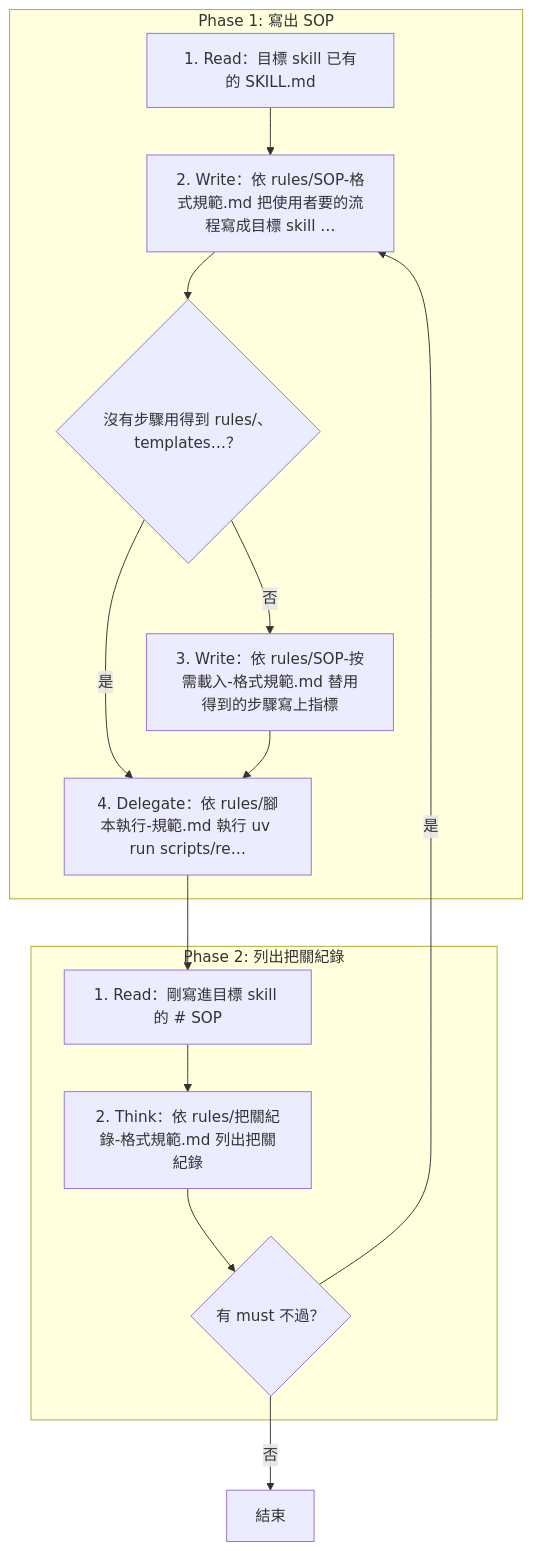
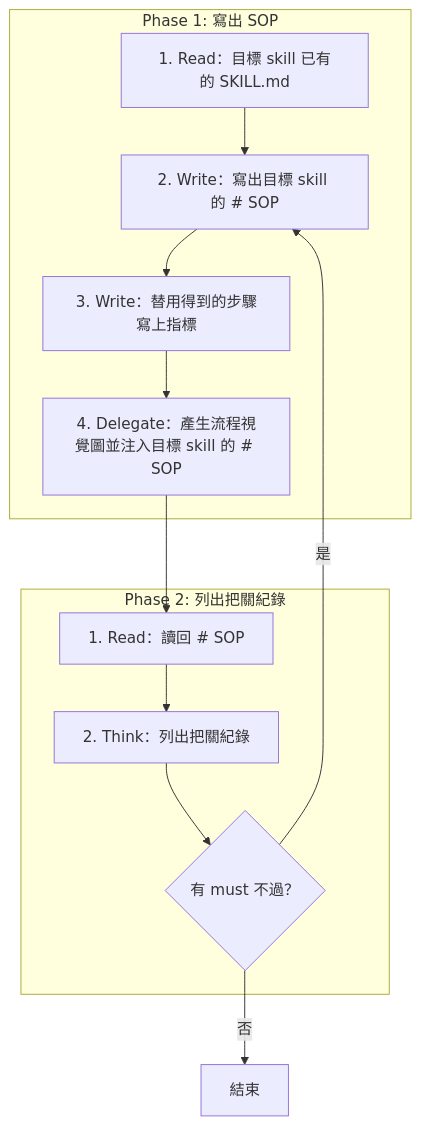
One commit to AI-x-BDD/BDGG-Dev-Skills changed the diagram in .claude/skills/skill-form-sop/SKILL.md. Above: the diagram before and after it, drawn with Mermaid. The commit also changed other lines of this file and 5 other files, not shown here.

First line of the commit message:
feat: skill-form-sop 精煉流程圖標籤並增訂冪等步驟不設跳轉規範

````diff
--- a/.claude/skills/skill-form-sop/SKILL.md
+++ b/.claude/skills/skill-form-sop/SKILL.md
@@ -12,26 +13,23 @@
 ```mermaid
 flowchart TD
     subgraph P1["Phase 1: 寫出 SOP"]
         P1S1["1. Read：目標 skill 已有的 SKILL.md"]
-        P1S2["2. Write：依 rules/SOP-格式規範.md 把使用者要的流程寫成目標 skill …"]
-        G_P1S2_1{"沒有步驟用得到 rules/、templates…？"}
-        P1S3["3. Write：依 rules/SOP-按需載入-格式規範.md 替用得到的步驟寫上指標"]
-        P1S4["4. Delegate：依 rules/腳本執行-規範.md 執行 uv run scripts/re…"]
+        P1S2["2. Write：寫出目標 skill 的 # SOP"]
+        P1S3["3. Write：替用得到的步驟寫上指標"]
+        P1S4["4. Delegate：產生流程視覺圖並注入目標 skill 的 # SOP"]
     end
     subgraph P2["Phase 2: 列出把關紀錄"]
-        P2S1["1. Read：剛寫進目標 skill 的 # SOP"]
-        P2S2["2. Think：依 rules/把關紀錄-格式規範.md 列出把關紀錄"]
+        P2S1["1. Read：讀回 # SOP"]
+        P2S2["2. Think：列出把關紀錄"]
         G_P2S2_1{"有 must 不過？"}
     end
     End["結束"]
     P1S1 --> P1S2
-    P1S2 --> G_P1S2_1
-    G_P1S2_1 -->|是| P1S4
-    G_P1S2_1 -->|否| P1S3
+    P1S2 --> P1S3
     P1S3 --> P1S4
     P1S4 --> P2S1
     P2S1 --> P2S2
     P2S2 --> G_P2S2_1
     G_P2S2_1 -->|是| P1S2
     G_P2S2_1 -->|否| End
 ```
````
